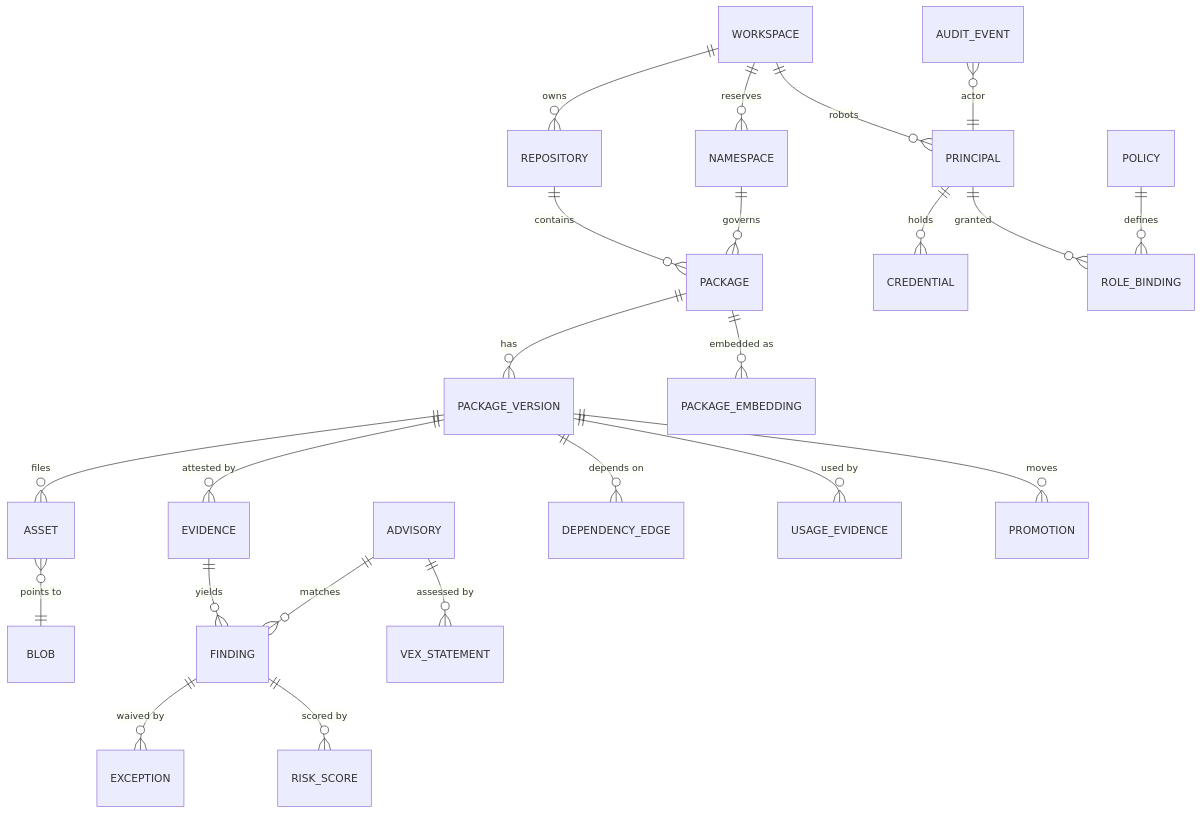
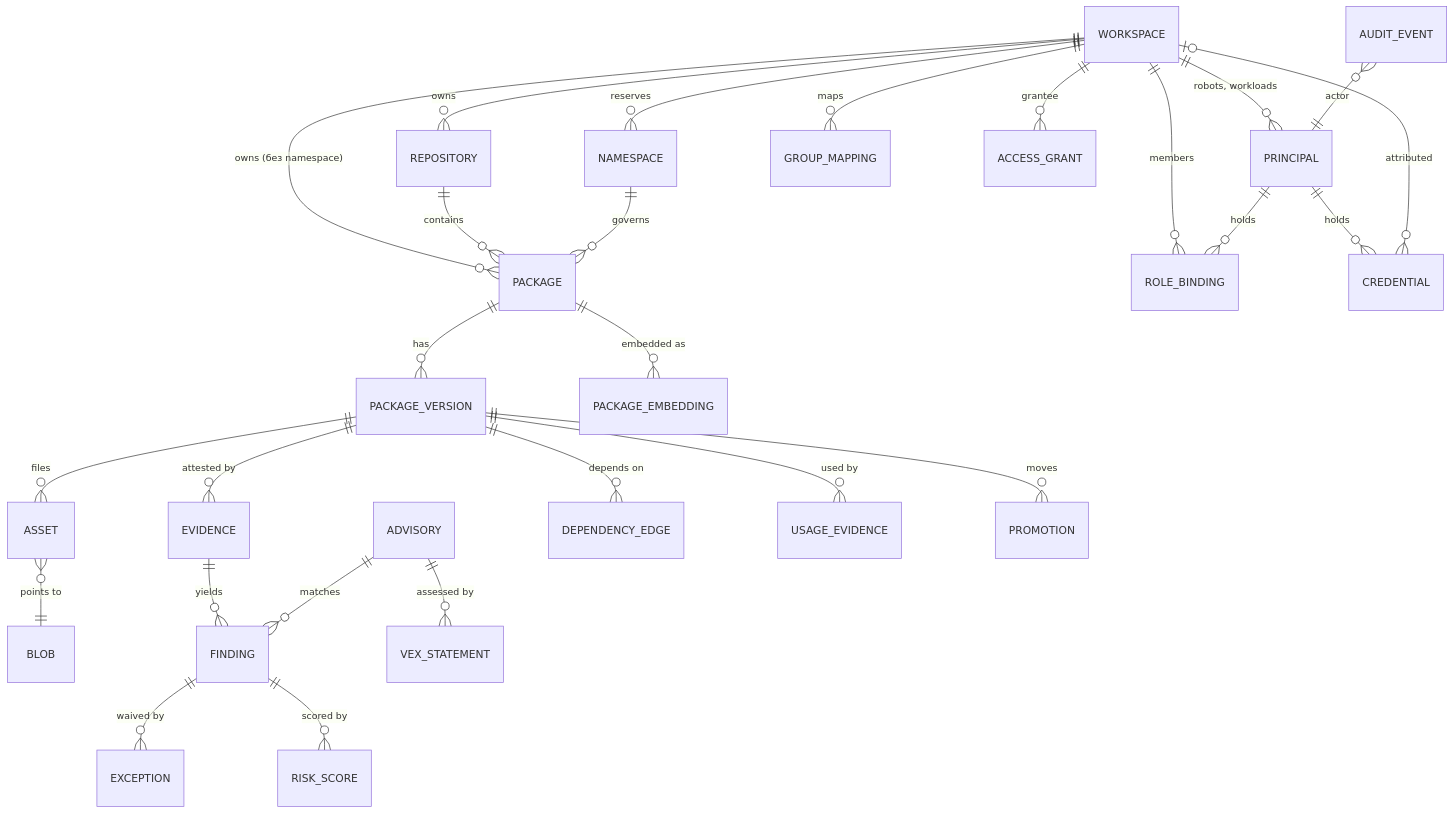
Before and after one commit to izevg/CRANE: the first of 2 diagrams in docs/product/09-data-structures.md, drawn with Mermaid. The commit also changed other lines of this file and 19 other files, not shown here.

````diff
--- a/docs/product/09-data-structures.md
+++ b/docs/product/09-data-structures.md
@@ -7,25 +7,29 @@
 ```mermaid
 erDiagram
   WORKSPACE ||--o{ REPOSITORY : owns
   WORKSPACE ||--o{ NAMESPACE : reserves
-  WORKSPACE ||--o{ PRINCIPAL : "robots"
+  WORKSPACE ||--o{ PRINCIPAL : "robots, workloads"
+  WORKSPACE ||--o{ PACKAGE : "owns (без namespace)"
+  WORKSPACE ||--o{ ROLE_BINDING : members
+  WORKSPACE ||--o{ GROUP_MAPPING : maps
+  WORKSPACE ||--o{ ACCESS_GRANT : grantee
+  CREDENTIAL }o--o| WORKSPACE : attributed
   REPOSITORY ||--o{ PACKAGE : contains
   NAMESPACE ||--o{ PACKAGE : governs
   PACKAGE ||--o{ PACKAGE_VERSION : has
   PACKAGE ||--o{ PACKAGE_EMBEDDING : "embedded as"
   PACKAGE_VERSION ||--o{ ASSET : files
   ASSET }o--|| BLOB : "points to"
   PACKAGE_VERSION ||--o{ EVIDENCE : "attested by"
   EVIDENCE ||--o{ FINDING : yields
   FINDING ||--o{ EXCEPTION : "waived by"
   ADVISORY ||--o{ FINDING : matches
   FINDING ||--o{ RISK_SCORE : "scored by"
   ADVISORY ||--o{ VEX_STATEMENT : "assessed by"
   PACKAGE_VERSION ||--o{ DEPENDENCY_EDGE : "depends on"
   PACKAGE_VERSION ||--o{ USAGE_EVIDENCE : "used by"
   PRINCIPAL ||--o{ CREDENTIAL : holds
-  PRINCIPAL ||--o{ ROLE_BINDING : granted
-  POLICY ||--o{ ROLE_BINDING : defines
+  PRINCIPAL ||--o{ ROLE_BINDING : holds
   PACKAGE_VERSION ||--o{ PROMOTION : moves
   AUDIT_EVENT }o--|| PRINCIPAL : actor
 ```
````
